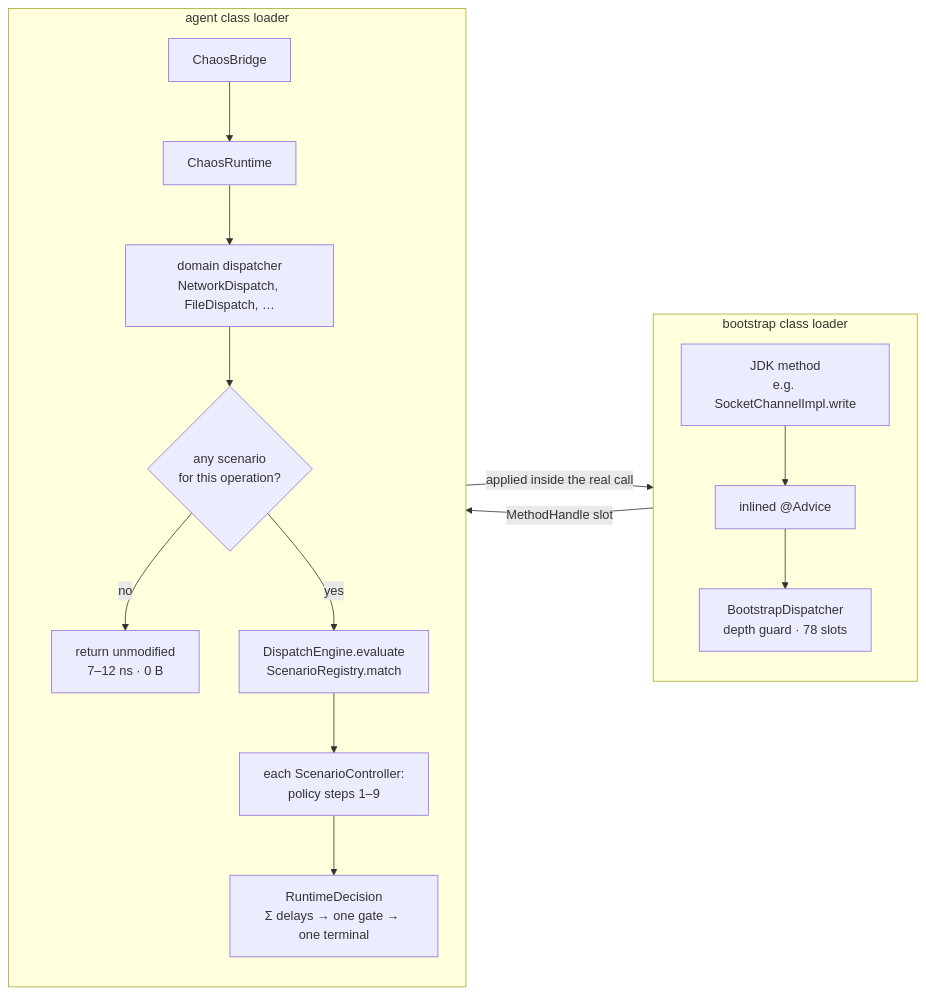
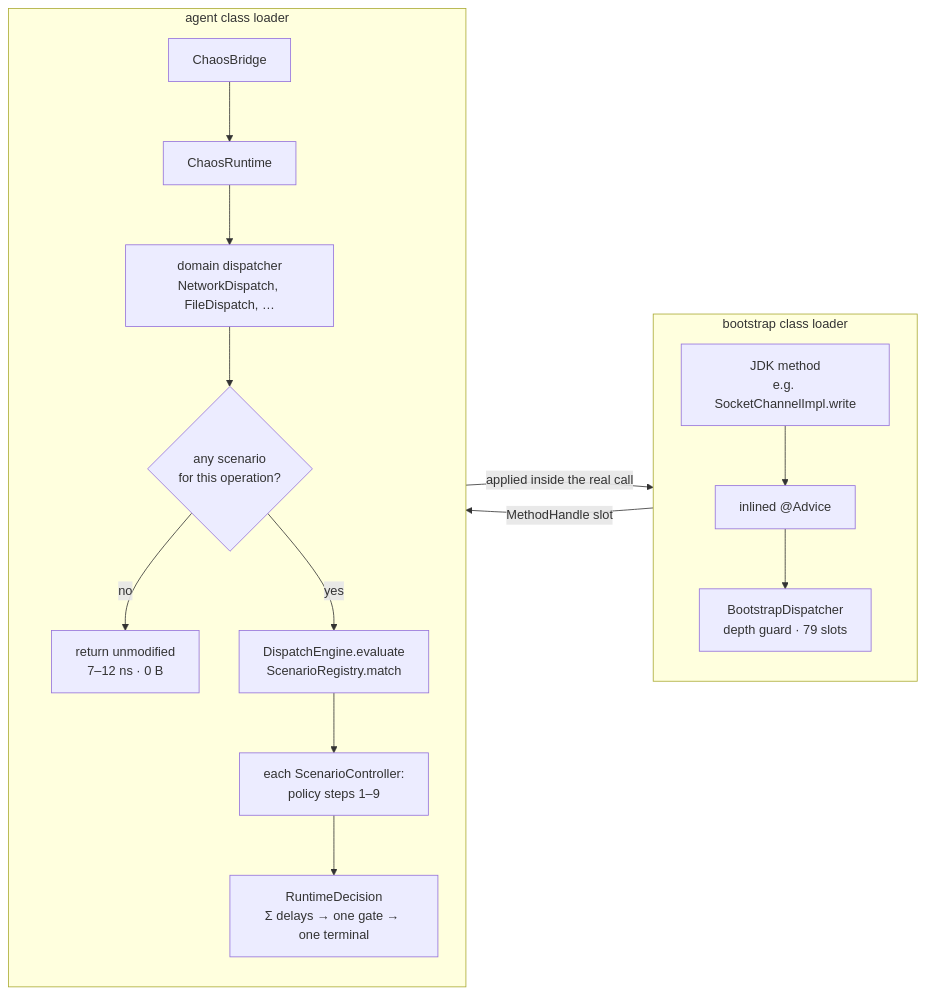
One commit to macstab/macstab-chaos-jvm-agent changed the diagram in README.md. Above: the diagram before and after it, drawn with Mermaid. The commit also changed other lines of this file and 23 other files, not shown here.

````diff
--- a/README.md
+++ b/README.md
@@ -180,20 +180,20 @@
 ```mermaid
 flowchart LR
   subgraph boot["bootstrap class loader"]
     direction TB
     JDK["JDK method<br/>e.g. SocketChannelImpl.write"] --> ADV["inlined @Advice"]
-    ADV --> BD["BootstrapDispatcher<br/>depth guard · 78 slots"]
+    ADV --> BD["BootstrapDispatcher<br/>depth guard · 79 slots"]
   end
   subgraph agent["agent class loader"]
     direction TB
     BR["ChaosBridge"] --> RT["ChaosRuntime"]
     RT --> DOM["domain dispatcher<br/>NetworkDispatch, FileDispatch, …"]
     DOM --> IDLE{"any scenario<br/>for this operation?"}
     IDLE -- no --> PASS["return unmodified<br/>7–12 ns · 0 B"]
     IDLE -- yes --> ENG["DispatchEngine.evaluate<br/>ScenarioRegistry.match"]
     ENG --> POL["each ScenarioController:<br/>policy steps 1–9"]
     POL --> DEC["RuntimeDecision<br/>Σ delays → one gate → one terminal"]
   end
   BD -- "MethodHandle slot" --> BR
   DEC -- "applied inside the real call" --> JDK
 ```
````
